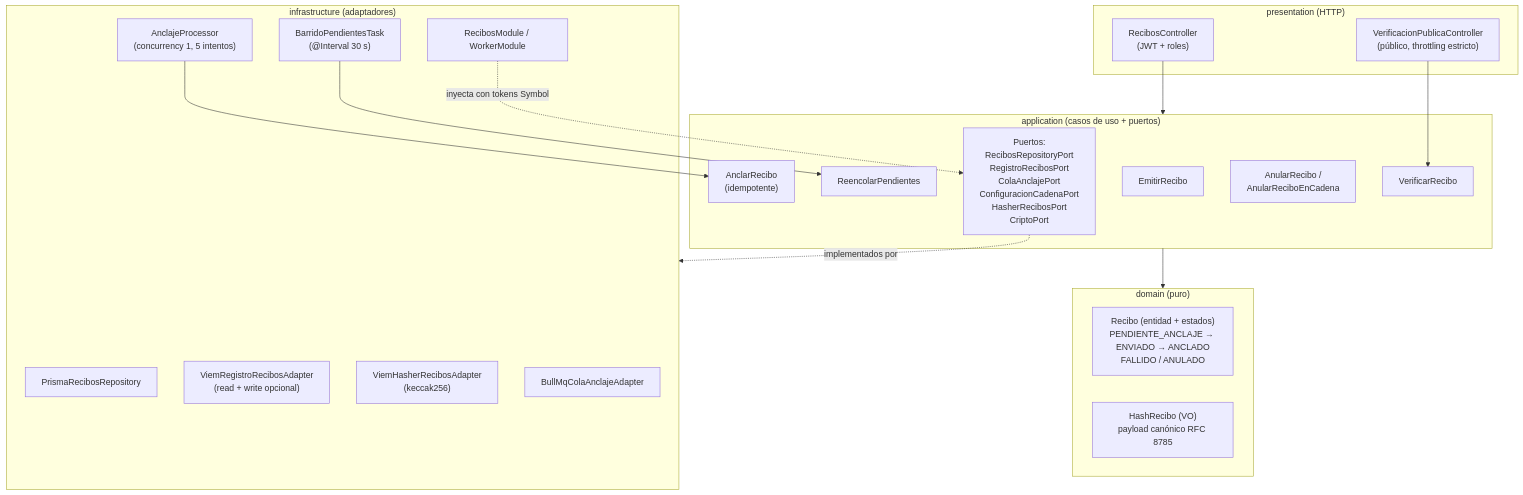
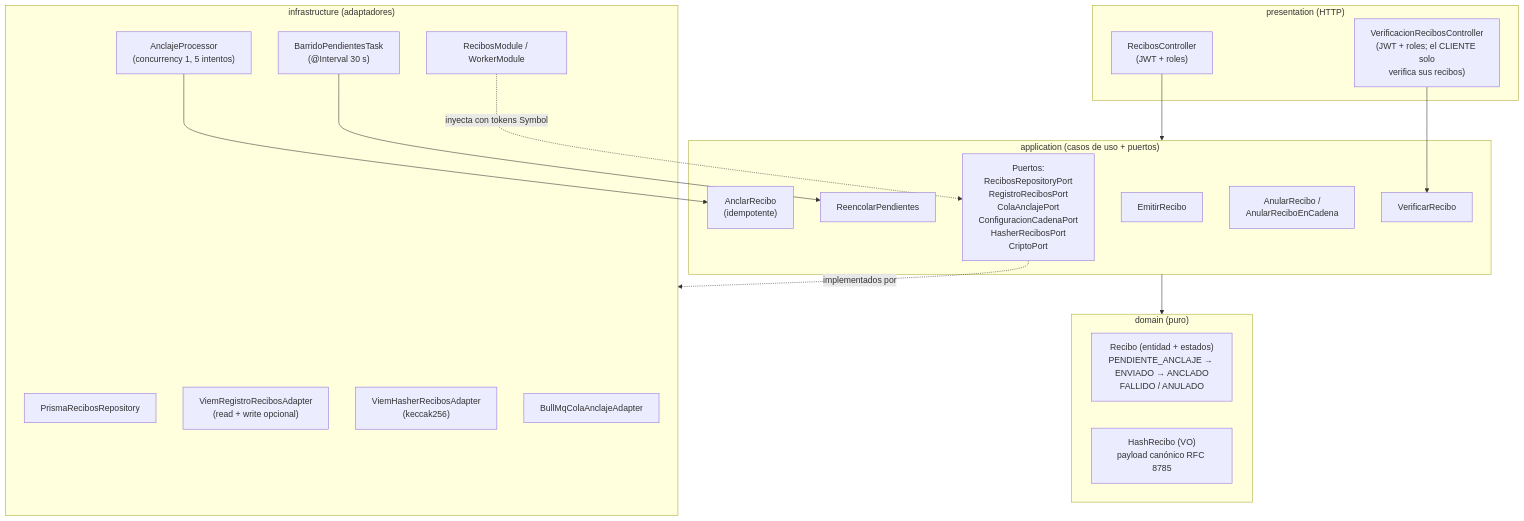
One commit to JohannCaizaguano/OasisSegurosAdministrativo changed the diagram in docs/arquitectura/componentes-recibos.md. Above: the diagram before and after it, drawn with Mermaid. The commit also changed other lines of this file and 106 other files, not shown here.

````diff
--- a/docs/arquitectura/componentes-recibos.md
+++ b/docs/arquitectura/componentes-recibos.md
@@ -6,39 +6,39 @@
 ```mermaid
 flowchart TB
   subgraph presentation["presentation (HTTP)"]
     ctrl["RecibosController<br/>(JWT + roles)"]
-    pub["VerificacionPublicaController<br/>(público, throttling estricto)"]
+    pub["VerificacionRecibosController<br/>(JWT + roles; el CLIENTE solo<br/>verifica sus recibos)"]
   end
 
   subgraph application["application (casos de uso + puertos)"]
     emitir["EmitirRecibo"]
     anclar["AnclarRecibo<br/>(idempotente)"]
     verificar["VerificarRecibo"]
     reencolar["ReencolarPendientes"]
     anular["AnularRecibo /<br/>AnularReciboEnCadena"]
     puertos["Puertos:<br/>RecibosRepositoryPort<br/>RegistroRecibosPort<br/>ColaAnclajePort<br/>ConfiguracionCadenaPort<br/>HasherRecibosPort<br/>CriptoPort"]
   end
 
   subgraph domain["domain (puro)"]
     recibo["Recibo (entidad + estados)<br/>PENDIENTE_ANCLAJE → ENVIADO → ANCLADO<br/>FALLIDO / ANULADO"]
     hash["HashRecibo (VO)<br/>payload canónico RFC 8785"]
   end
 
   subgraph infrastructure["infrastructure (adaptadores)"]
     prisma["PrismaRecibosRepository"]
     viem["ViemRegistroRecibosAdapter<br/>(read + write opcional)"]
     viemHash["ViemHasherRecibosAdapter<br/>(keccak256)"]
     bull["BullMqColaAnclajeAdapter"]
     proc["AnclajeProcessor<br/>(concurrency 1, 5 intentos)"]
     barrido["BarridoPendientesTask<br/>(@Interval 30 s)"]
     guard["RecibosModule / WorkerModule"]
   end
 
   ctrl --> application
   pub --> verificar
   puertos -. implementados por .-> infrastructure
   application --> domain
   proc --> anclar
   barrido --> reencolar
   guard -. inyecta con tokens Symbol .-> puertos
 ```
````
